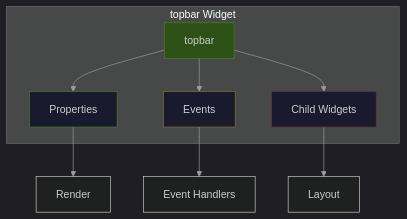
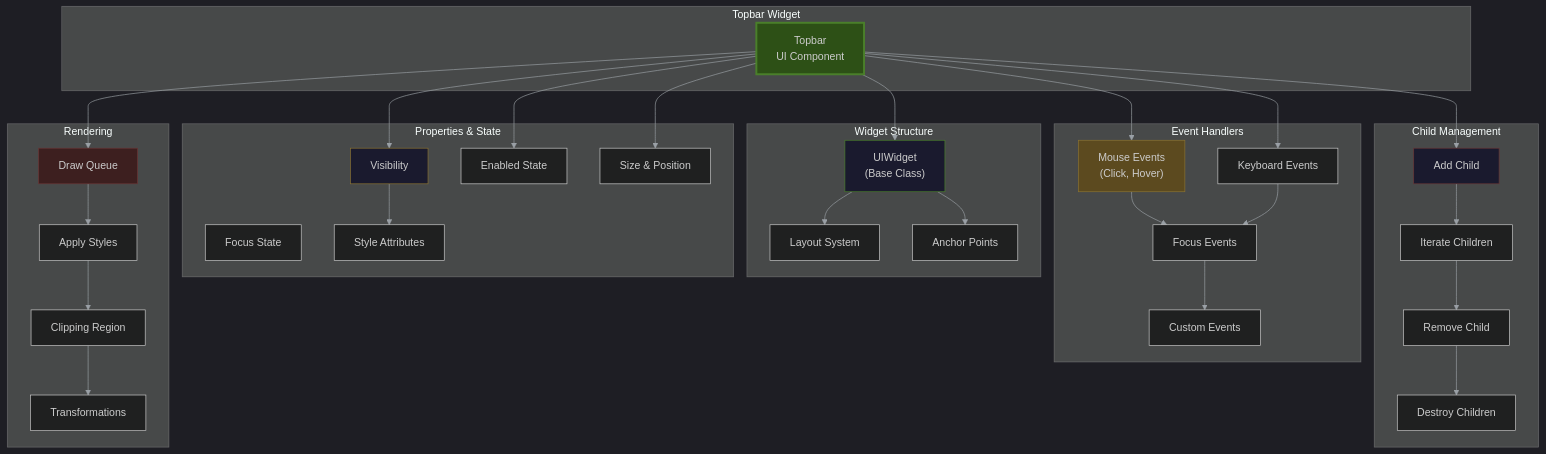
Before and after one commit to lukaszj321/otcv8-dev: the diagram in docs/authoring/04_ui/otui/diagrams/topbar.mmd, drawn with Mermaid. The commit also changed 189 other files, not shown here.

Commit message:
refactor: redesign all diagrams with proper structure and categorization

```diff
--- a/docs/authoring/04_ui/otui/diagrams/topbar.mmd
+++ b/docs/authoring/04_ui/otui/diagrams/topbar.mmd
@@ -1,17 +1,72 @@
 %%{init: {'theme':'dark','themeVariables': {'primaryTextColor':'#ddd','lineColor':'#9aa0a6'},'securityLevel':'loose'}}%%
 graph TB
-    subgraph "topbar Widget"
-        W["topbar"]
-        W --> Props["Properties"]
-        W --> Events["Events"]
-        W --> Children["Child Widgets"]
+    subgraph Widget["Topbar Widget"]
+        W["Topbar<br/>UI Component"]
     end
     
-    Props --> Render["Render"]
-    Events --> Handlers["Event Handlers"]
-    Children --> Layout["Layout"]
+    subgraph Structure["Widget Structure"]
+        BASE["UIWidget<br/>(Base Class)"]
+        LAYOUT["Layout System"]
+        ANCHORS["Anchor Points"]
+    end
     
-    style W fill:#2d5016,stroke:#4a7f2a
-    style Props fill:#1a1a2e,stroke:#4a7f2a
-    style Events fill:#1a1a2e,stroke:#8b7332
-    style Children fill:#1a1a2e,stroke:#6b3535
+    subgraph Properties["Properties & State"]
+        VISIBLE["Visibility"]
+        ENABLED["Enabled State"]
+        FOCUS["Focus State"]
+        SIZE["Size & Position"]
+        STYLE["Style Attributes"]
+    end
+    
+    subgraph Events["Event Handlers"]
+        MOUSE["Mouse Events<br/>(Click, Hover)"]
+        KEYBOARD["Keyboard Events"]
+        FOCUS_EV["Focus Events"]
+        CUSTOM["Custom Events"]
+    end
+    
+    subgraph Children["Child Management"]
+        ADD["Add Child"]
+        REMOVE["Remove Child"]
+        ITERATE["Iterate Children"]
+        DESTROY["Destroy Children"]
+    end
+    
+    subgraph Rendering["Rendering"]
+        DRAW["Draw Queue"]
+        STYLE_RENDER["Apply Styles"]
+        CLIP["Clipping Region"]
+        TRANSFORM["Transformations"]
+    end
+    
+    W --> BASE
+    BASE --> LAYOUT
+    BASE --> ANCHORS
+    
+    W --> VISIBLE
+    W --> ENABLED
+    W --> SIZE
+    VISIBLE --> STYLE
+    
+    W --> MOUSE
+    W --> KEYBOARD
+    MOUSE --> FOCUS_EV
+    KEYBOARD --> FOCUS_EV
+    FOCUS_EV --> CUSTOM
+    
+    W --> ADD
+    ADD --> ITERATE
+    ITERATE --> REMOVE
+    REMOVE --> DESTROY
+    
+    W --> DRAW
+    DRAW --> STYLE_RENDER
+    STYLE_RENDER --> CLIP
+    CLIP --> TRANSFORM
+    
+    style W fill:#2d5016,stroke:#4a7f2a,stroke-width:3px
+    style BASE fill:#1a1a2e,stroke:#4a7f2a
+    style VISIBLE fill:#1a1a2e,stroke:#8b7332
+    style MOUSE fill:#5c4a1f,stroke:#8b7332
+    style ADD fill:#1a1a2e,stroke:#6b3535
+    style DRAW fill:#3d1f1f,stroke:#6b3535
```
